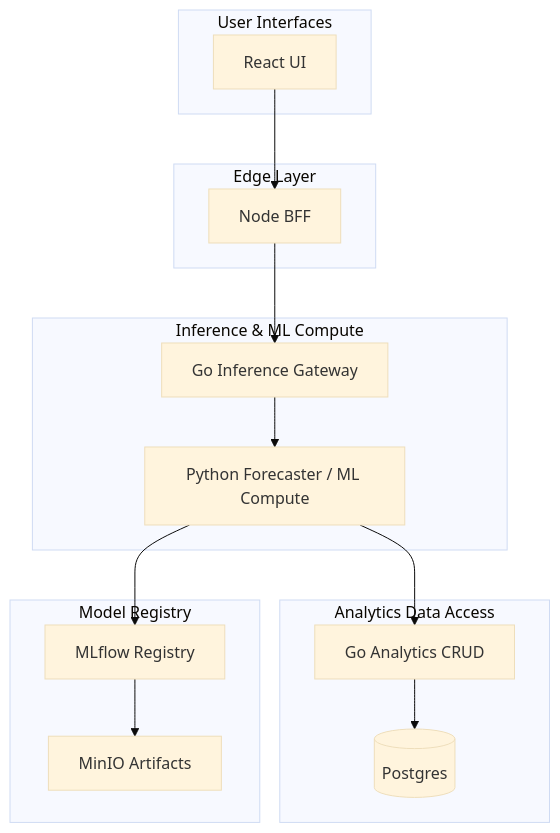
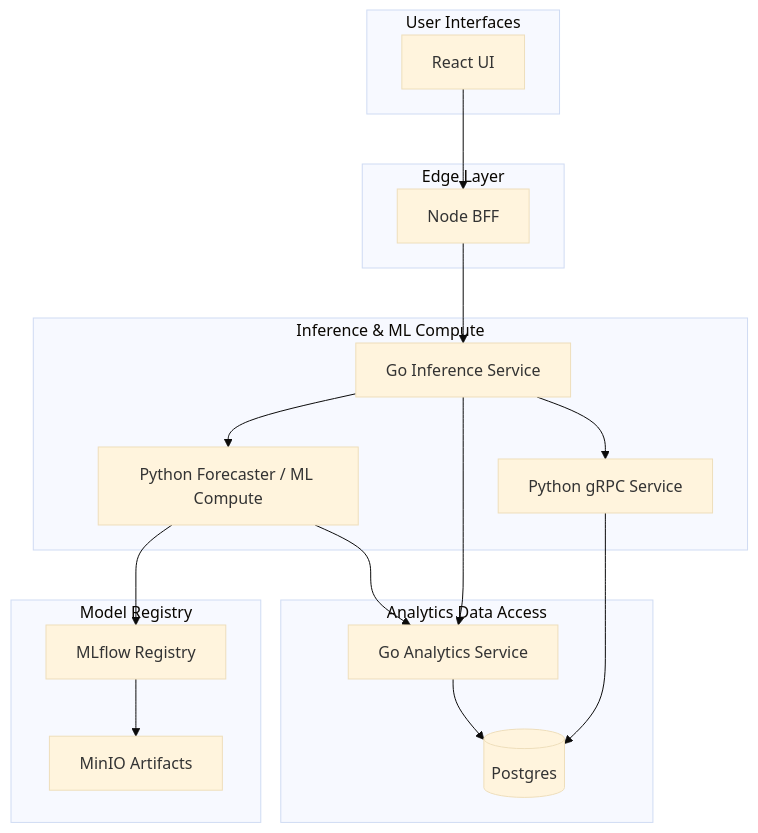
One commit to jonkmatsumo/label-lag changed the first of 3 diagrams in README.md. Above: the diagram before and after it, drawn with Mermaid (base theme). The commit also changed other lines of this file and 134 other files, not shown here.

Commit message:
refactor(e2e): rename analytics, inference, and pygrpc services

````diff
--- a/README.md
+++ b/README.md
@@ -13,28 +13,31 @@
 ```mermaid
 flowchart TB
     subgraph UI[User Interfaces]
         UI_REACT[React UI]
     end
 
     subgraph Edge[Edge Layer]
         BFF[Node BFF]
     end
 
     subgraph Inference[Inference & ML Compute]
-        GO_INF[Go Inference Gateway]
+        GO_INF[Go Inference Service]
         PY_API[Python Forecaster / ML Compute]
+        PY_GRPC[Python gRPC Service]
     end
 
     subgraph Analytics[Analytics Data Access]
-        GO_CRUD[Go Analytics CRUD]
+        GO_CRUD[Go Analytics Service]
         DB[(Postgres)]
     end
 
     subgraph Registry[Model Registry]
         MLFLOW[MLflow Registry]
         MINIO[MinIO Artifacts]
     end
 
     UI_REACT --> BFF --> GO_INF --> PY_API --> GO_CRUD --> DB
+    GO_INF --> PY_GRPC --> DB
+    GO_INF --> GO_CRUD
     PY_API --> MLFLOW --> MINIO
 ```
````
